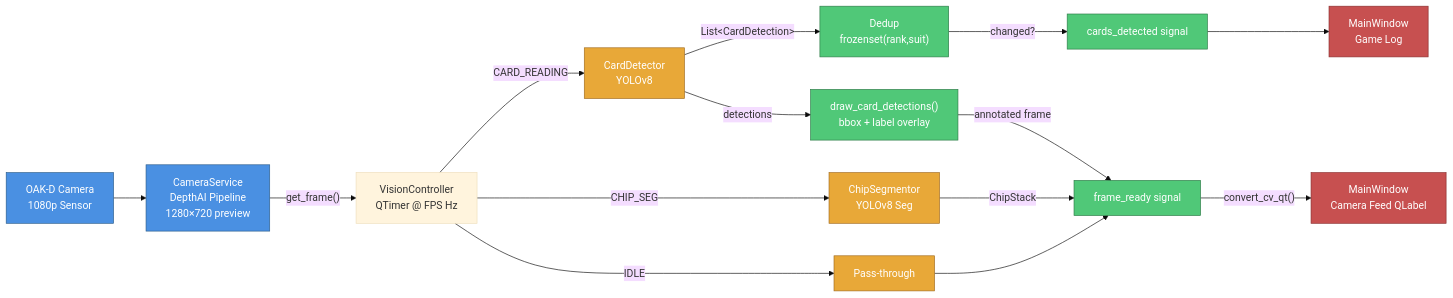
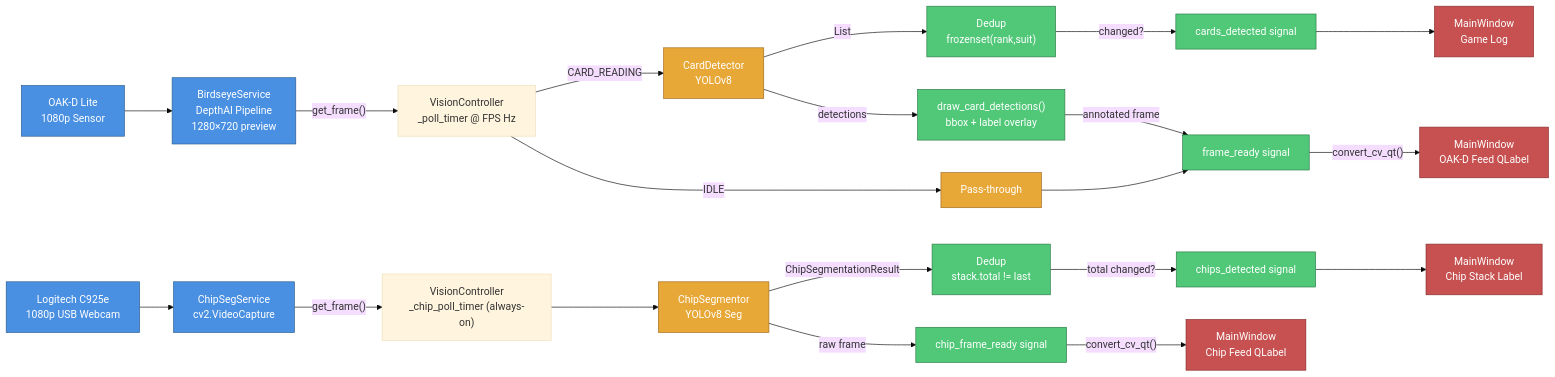
The diagram in docs/diagrams/vision-pipeline/vision-pipeline.mmd (jalliet/prap-25-26), drawn with Mermaid (base theme) before and after one commit. The commit also changed 4 other files, not shown here.

First line of the commit message:
docs: update vision pipeline diagram and docs for dual-camera setup

```diff
--- a/docs/diagrams/vision-pipeline/vision-pipeline.mmd
+++ b/docs/diagrams/vision-pipeline/vision-pipeline.mmd
@@ -1,46 +1,62 @@
 flowchart LR
-    OAK["OAK-D Camera<br/>1080p Sensor"]
-    CS["CameraService<br/>DepthAI Pipeline<br/>1280×720 preview"]
-    VC["VisionController<br/>QTimer @ FPS Hz"]
+    OAK["OAK-D Lite<br/>1080p Sensor"]
+    BS["BirdseyeService<br/>DepthAI Pipeline<br/>1280×720 preview"]
+    C925e["Logitech C925e<br/>1080p USB Webcam"]
+    CSS["ChipSegService<br/>cv2.VideoCapture"]
+
+    VC["VisionController<br/>_poll_timer @ FPS Hz"]
+    CHIP_TIMER["VisionController<br/>_chip_poll_timer (always-on)"]
 
     CD["CardDetector<br/>YOLOv8"]
     CHI["ChipSegmentor<br/>YOLOv8 Seg"]
     PASS["Pass-through"]
 
-    DEDUP["Dedup<br/>frozenset(rank,suit)"]
+    DEDUP_C["Dedup<br/>frozenset(rank,suit)"]
+    DEDUP_CHIP["Dedup<br/>stack.total != last"]
     DRAW["draw_card_detections()<br/>bbox + label overlay"]
 
     SIG_F["frame_ready signal"]
     SIG_C["cards_detected signal"]
+    SIG_CF["chip_frame_ready signal"]
+    SIG_CH["chips_detected signal"]
 
-    FEED["MainWindow<br/>Camera Feed QLabel"]
+    FEED["MainWindow<br/>OAK-D Feed QLabel"]
     LOG["MainWindow<br/>Game Log"]
+    CHIP_FEED["MainWindow<br/>Chip Feed QLabel"]
+    CHIP_LBL["MainWindow<br/>Chip Stack Label"]
 
-    OAK --> CS
-    CS -->|"get_frame()"| VC
+    OAK --> BS
+    BS -->|"get_frame()"| VC
 
     VC -->|"CARD_READING"| CD
-    VC -->|"CHIP_SEG"| CHI
     VC -->|"IDLE"| PASS
 
-    CD -->|"List&lt;CardDetection&gt;"| DEDUP
+    CD -->|"List<CardDetection>"| DEDUP_C
     CD -->|"detections"| DRAW
     DRAW -->|"annotated frame"| SIG_F
 
-    DEDUP -->|"changed?"| SIG_C
+    DEDUP_C -->|"changed?"| SIG_C
 
-    CHI -->|"ChipStack"| SIG_F
     PASS --> SIG_F
+
+    C925e --> CSS
+    CSS -->|"get_frame()"| CHIP_TIMER
+    CHIP_TIMER --> CHI
+    CHI -->|"ChipSegmentationResult"| DEDUP_CHIP
+    CHI -->|"raw frame"| SIG_CF
+    DEDUP_CHIP -->|"total changed?"| SIG_CH
 
     SIG_F -->|"convert_cv_qt()"| FEED
     SIG_C --> LOG
+    SIG_CF -->|"convert_cv_qt()"| CHIP_FEED
+    SIG_CH --> CHIP_LBL
 
     classDef camera fill:#4A90E2,stroke:#2B5C8A,color:#fff
     classDef detect fill:#E8A838,stroke:#A06B1F,color:#fff
     classDef signal fill:#50C878,stroke:#2D7A47,color:#fff
     classDef ui fill:#C75050,stroke:#8A2D2D,color:#fff
 
-    class OAK,CS camera
+    class OAK,BS,C925e,CSS camera
     class CD,CHI,PASS detect
-    class SIG_F,SIG_C,DEDUP,DRAW signal
-    class MW,FEED,LOG ui
+    class SIG_F,SIG_C,SIG_CF,SIG_CH,DEDUP_C,DEDUP_CHIP,DRAW signal
+    class FEED,LOG,CHIP_FEED,CHIP_LBL ui
```
